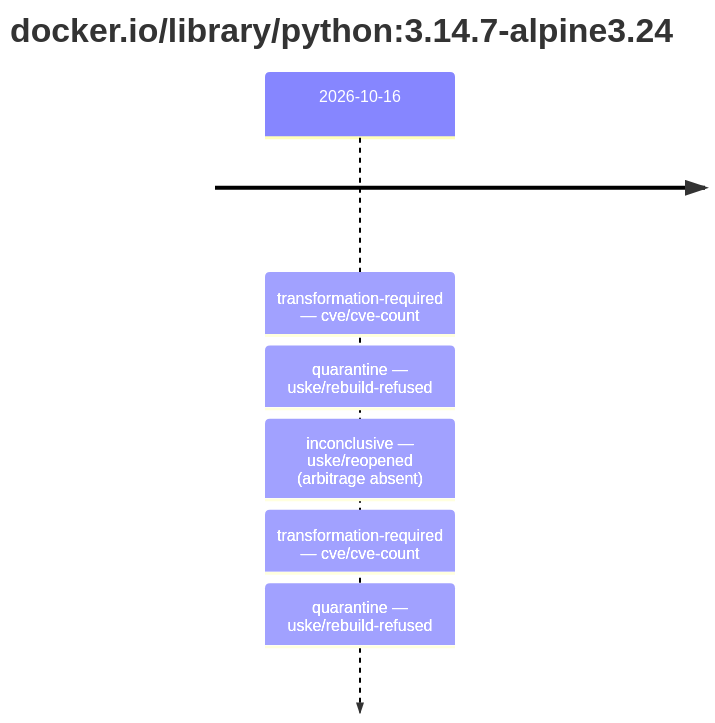
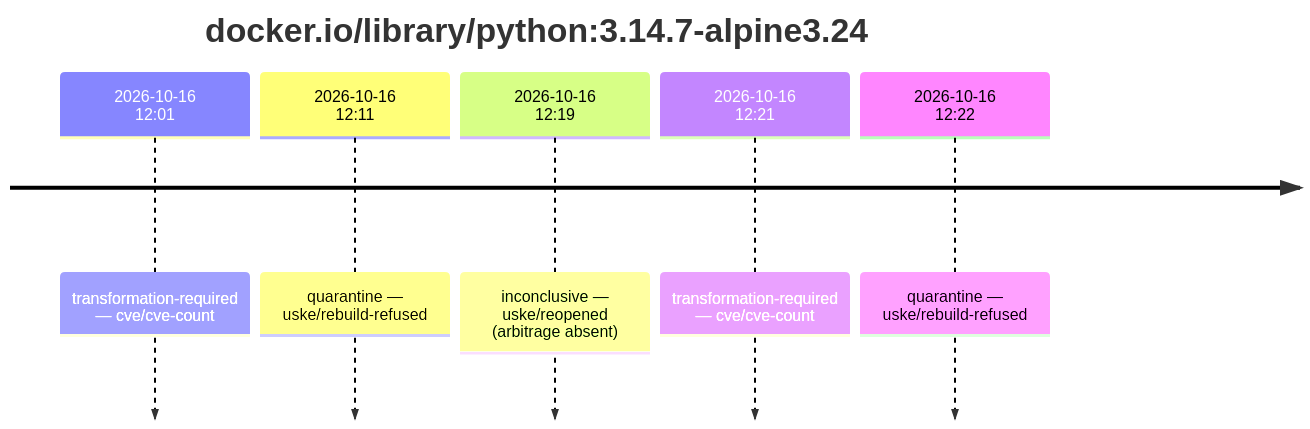
Before and after one commit to trivoallan/base-images: the first of 3 diagrams in results/reports/base-python-3/sha256:0369d89939dd95aa7dc13906d4dc13e389c200b2ebbe28e064a40850306defb9.md, drawn with Mermaid. The commit also changed other lines of this file and 12 other files, not shown here.

````diff
--- a/results/reports/base-python-3/sha256:0369d89939dd95aa7dc13906d4dc13e389c200b2ebbe28e064a40850306defb9.md
+++ b/results/reports/base-python-3/sha256:0369d89939dd95aa7dc13906d4dc13e389c200b2ebbe28e064a40850306defb9.md
@@ -5,5 +5,9 @@
 ```mermaid
 timeline
     title docker.io/library/python#58;3.14.7-alpine3.24
-    2026-10-16 : transformation-required — cve/cve-count : quarantine — uske/rebuild-refused : inconclusive — uske/reopened (arbitrage absent) : transformation-required — cve/cve-count : quarantine — uske/rebuild-refused
+    2026-10-16 12#58;01 : transformation-required — cve/cve-count
+    2026-10-16 12#58;11 : quarantine — uske/rebuild-refused
+    2026-10-16 12#58;19 : inconclusive — uske/reopened (arbitrage absent)
+    2026-10-16 12#58;21 : transformation-required — cve/cve-count
+    2026-10-16 12#58;22 : quarantine — uske/rebuild-refused
 ```
````
